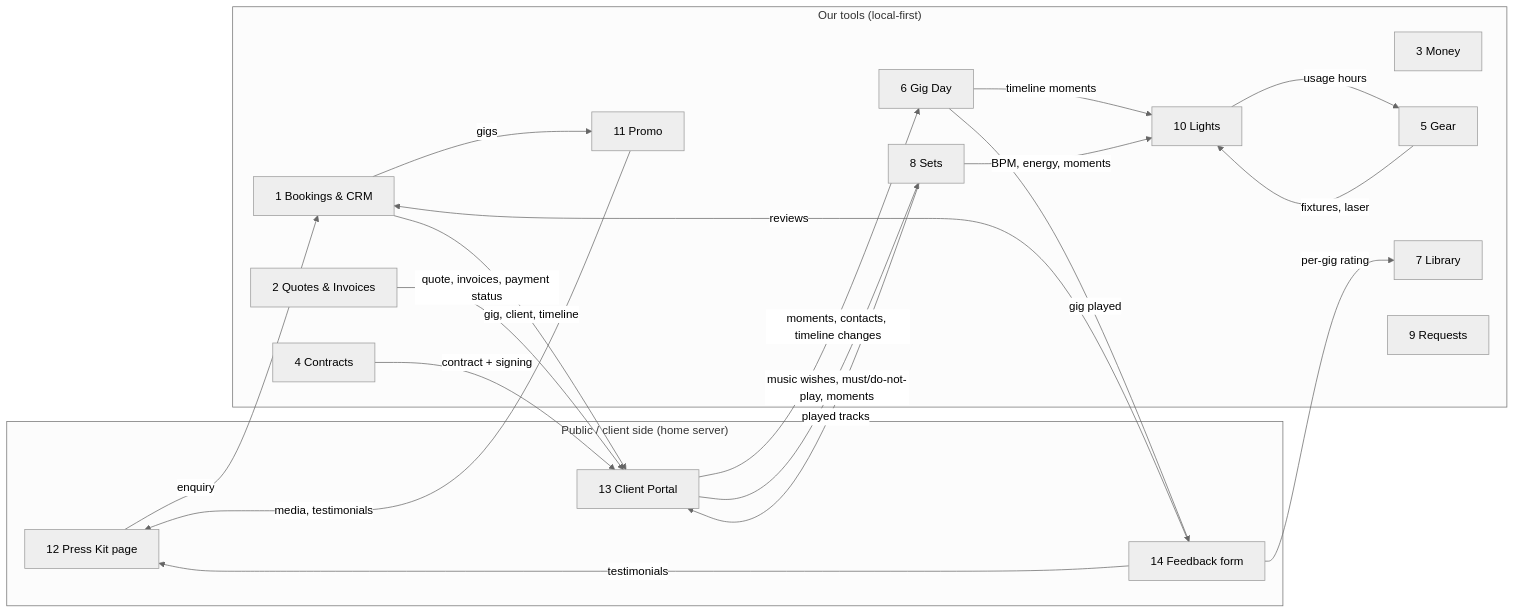
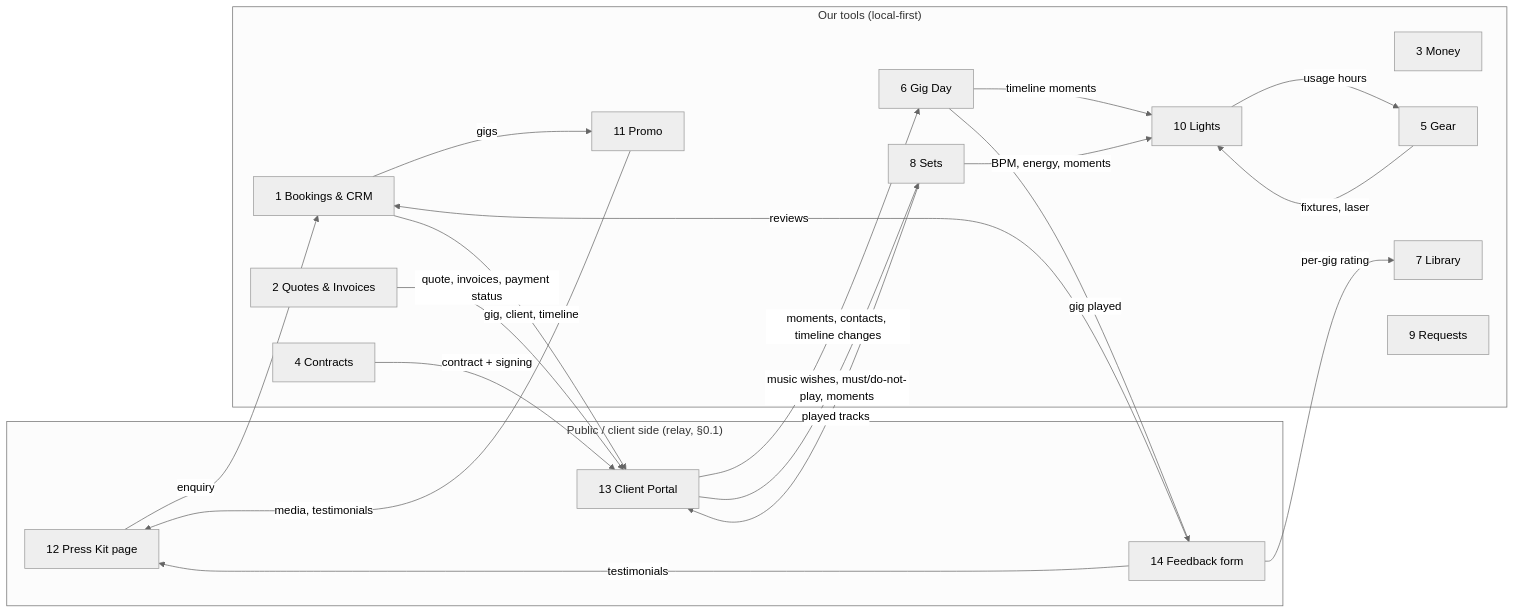
Before and after one commit to Gbom2009/FUNQTION-management-: the diagram in docs/stage-and-clients/PLAN.md, drawn with Mermaid (neutral theme). The commit also changed other lines of this file and 2 other files, not shown here.

````diff
--- a/docs/stage-and-clients/PLAN.md
+++ b/docs/stage-and-clients/PLAN.md
@@ -61,38 +78,38 @@
 ```mermaid
 flowchart LR
-  subgraph Public["Public / client side (home server)"]
+  subgraph Public["Public / client side (relay, §0.1)"]
     EPK[12 Press Kit page]
     POR[13 Client Portal]
     FB[14 Feedback form]
   end
   subgraph Own["Our tools (local-first)"]
     B[1 Bookings & CRM]
     Q[2 Quotes & Invoices]
     M[3 Money]
     C[4 Contracts]
     G[5 Gear]
     GD[6 Gig Day]
     L7[7 Library]
     S8[8 Sets]
     R9[9 Requests]
     LI[10 Lights]
     PR[11 Promo]
   end
   EPK -- enquiry --> B
   B -- gig, client, timeline --> POR
   Q -- quote, invoices, payment status --> POR
   C -- contract + signing --> POR
   POR -- music wishes, must/do-not-play, moments --> S8
   POR -- moments, contacts, timeline changes --> GD
   GD -- gig played --> FB
   S8 -- played tracks --> POR
   FB -- testimonials --> EPK
   FB -- reviews --> B
   FB -- per-gig rating --> L7
   B -- gigs --> PR
   PR -- media, testimonials --> EPK
   G -- fixtures, laser --> LI
   GD -- timeline moments --> LI
   S8 -- BPM, energy, moments --> LI
   LI -- usage hours --> G
 ```
````
